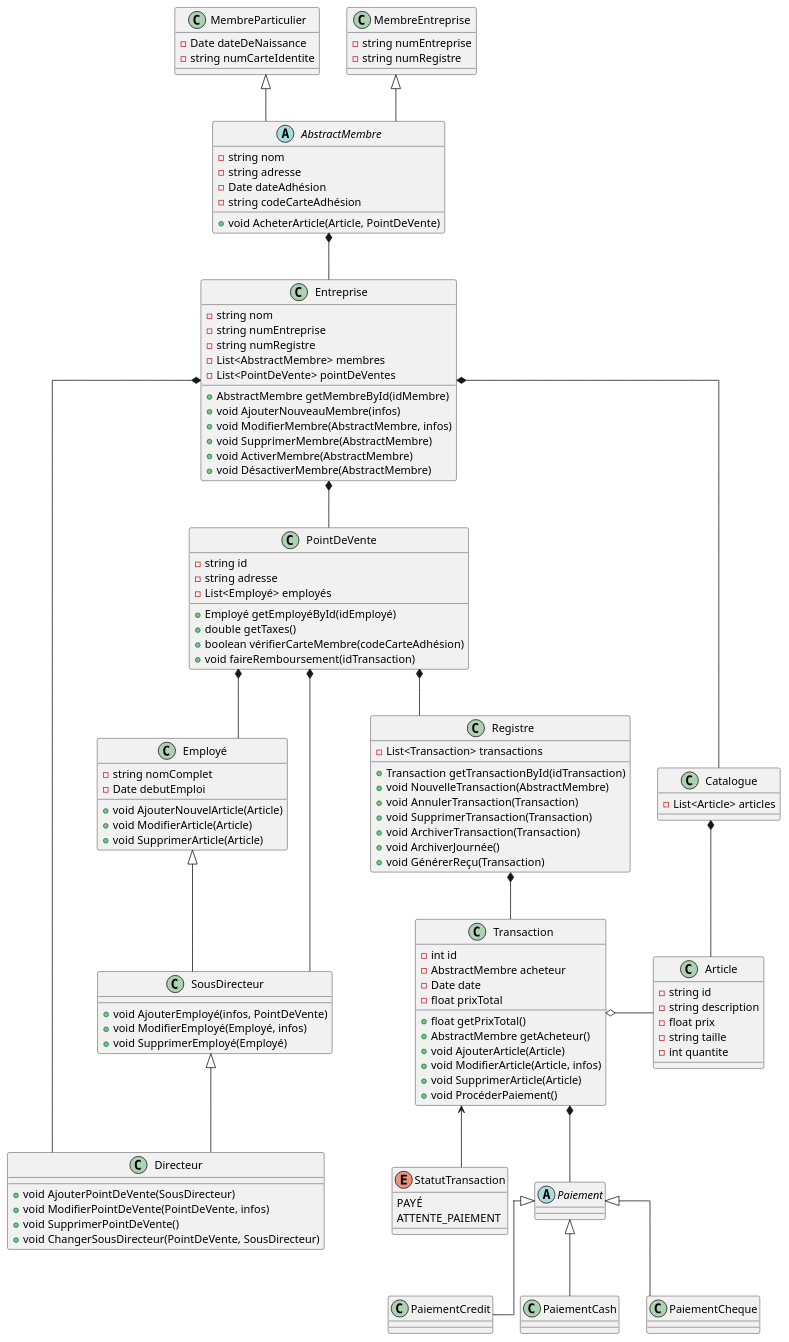
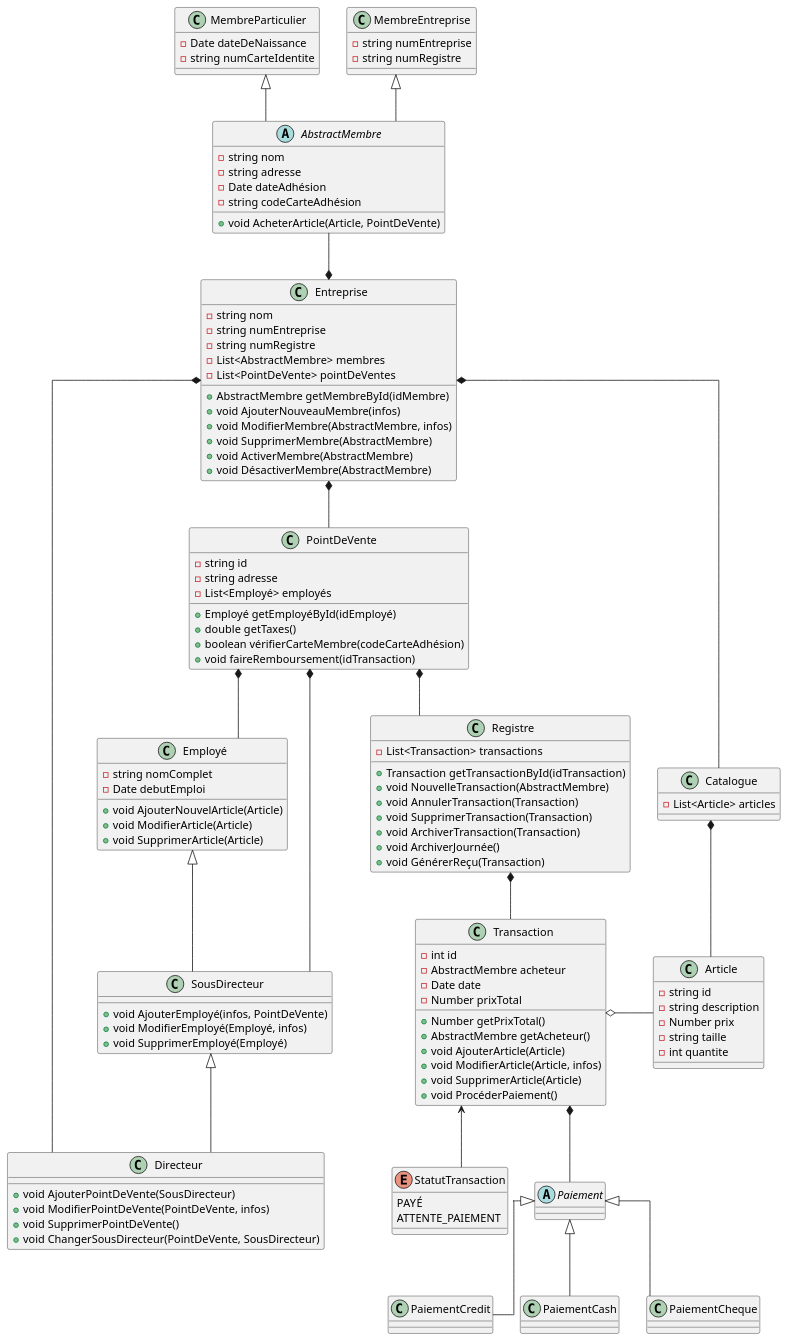
Before and after one commit to SamBolduc/INF1011-TP2: the diagram in diagram.puml, drawn with PlantUML.

```diff
--- a/diagram.puml
+++ b/diagram.puml
@@ -1,141 +1,141 @@
 @startuml
 
 skinparam linetype ortho
 
 abstract class AbstractMembre {
 - string nom
 - string adresse
 - Date dateAdhésion
 - string codeCarteAdhésion
 + void AcheterArticle(Article, PointDeVente)
 }
 
 class MembreParticulier {
 - Date dateDeNaissance
 - string numCarteIdentite
 }
 
 class MembreEntreprise {
 - string numEntreprise
 - string numRegistre
 }
 
 class Employé {
 - string nomComplet
 - Date debutEmploi
 + void AjouterNouvelArticle(Article)
 + void ModifierArticle(Article)
 + void SupprimerArticle(Article)
 }
 
 class SousDirecteur {
 + void AjouterEmployé(infos, PointDeVente)
 + void ModifierEmployé(Employé, infos)
 + void SupprimerEmployé(Employé)
 }
 
 class Directeur {
 + void AjouterPointDeVente(SousDirecteur)
 + void ModifierPointDeVente(PointDeVente, infos)
 + void SupprimerPointDeVente()
 + void ChangerSousDirecteur(PointDeVente, SousDirecteur)
 }
 
 class Transaction {
 - int id
 - AbstractMembre acheteur
 - Date date
-- float prixTotal
-+ float getPrixTotal()
+- Number prixTotal
++ Number getPrixTotal()
 + AbstractMembre getAcheteur()
 + void AjouterArticle(Article)
 + void ModifierArticle(Article, infos)
 + void SupprimerArticle(Article)
 + void ProcéderPaiement()
 }
 
 class Article {
 - string id
 - string description
-- float prix
+- Number prix
 - string taille
 - int quantite
 }
 
 class Registre {
 - List<Transaction> transactions
 + Transaction getTransactionById(idTransaction)
 + void NouvelleTransaction(AbstractMembre)
 + void AnnulerTransaction(Transaction)
 + void SupprimerTransaction(Transaction)
 + void ArchiverTransaction(Transaction)
 + void ArchiverJournée()
 + void GénérerReçu(Transaction)
 }
 
 enum StatutTransaction{
 PAYÉ
 ATTENTE_PAIEMENT
 }
 
 class Entreprise {
 - string nom
 - string numEntreprise
 - string numRegistre
 - List<AbstractMembre> membres
 - List<PointDeVente> pointDeVentes
 + AbstractMembre getMembreById(idMembre)
 + void AjouterNouveauMembre(infos)
 + void ModifierMembre(AbstractMembre, infos)
 + void SupprimerMembre(AbstractMembre)
 + void ActiverMembre(AbstractMembre)
 + void DésactiverMembre(AbstractMembre)
 }
 
 class PointDeVente {
 - string id
 - string adresse
 - List<Employé> employés
 + Employé getEmployéById(idEmployé)
 + double getTaxes()
 + boolean vérifierCarteMembre(codeCarteAdhésion)
 + void faireRemboursement(idTransaction)
 }
 
 class Catalogue {
 - List<Article> articles
 }
 
 abstract class Paiement {}
 
 class PaiementCredit {}
 
 class PaiementCash {}
 
 class PaiementCheque {}
 
 Employé <|-- SousDirecteur
 SousDirecteur <|-- Directeur
 
 Paiement <|-- PaiementCredit
 Paiement <|-- PaiementCash
 Paiement <|-- PaiementCheque
 
 Entreprise *-- PointDeVente
 Entreprise *--- Catalogue
 Catalogue *-- Article
 Entreprise *-- Directeur
 PointDeVente *-- SousDirecteur
 PointDeVente *-- Employé
 PointDeVente *-- Registre
 
 Registre *-- Transaction
 Transaction <-- StatutTransaction
 Transaction *-- Paiement
 Transaction o- Article
 
-AbstractMembre *-- Entreprise
+AbstractMembre --* Entreprise
 MembreParticulier<|-- AbstractMembre
 MembreEntreprise <|-- AbstractMembre
 
 @enduml
```
